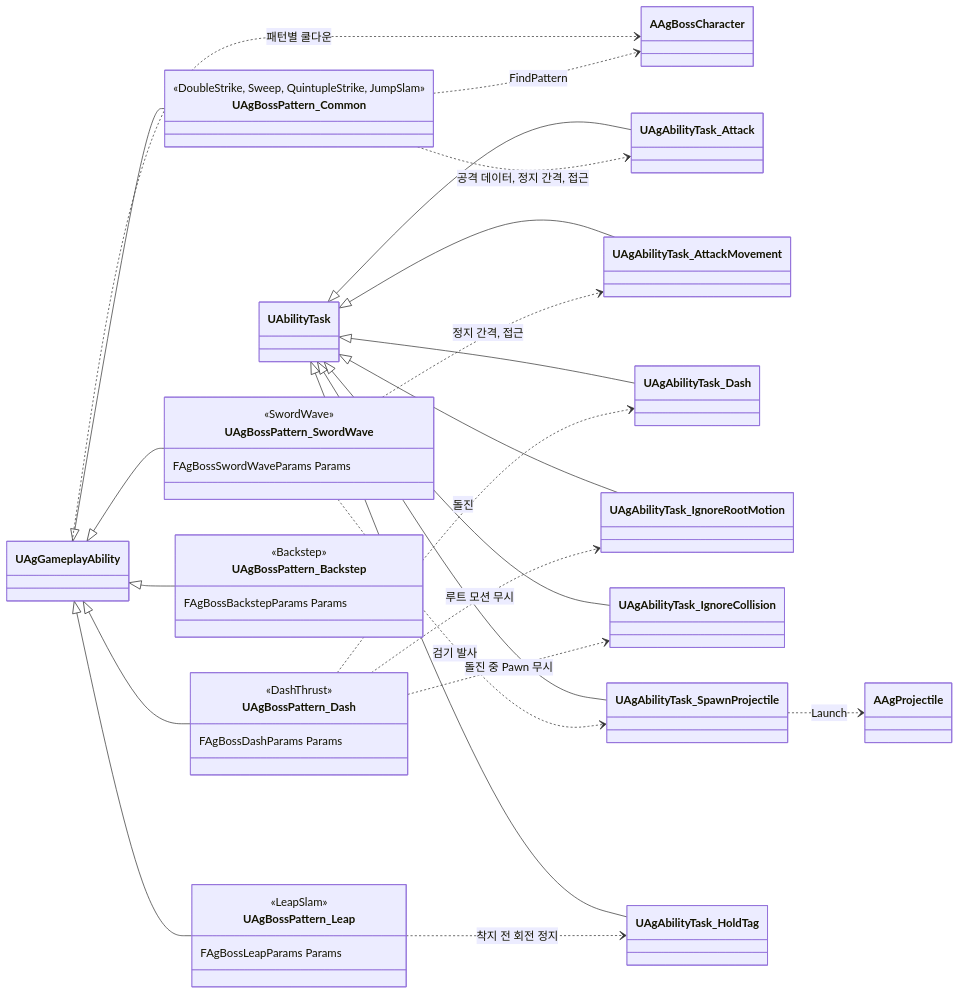
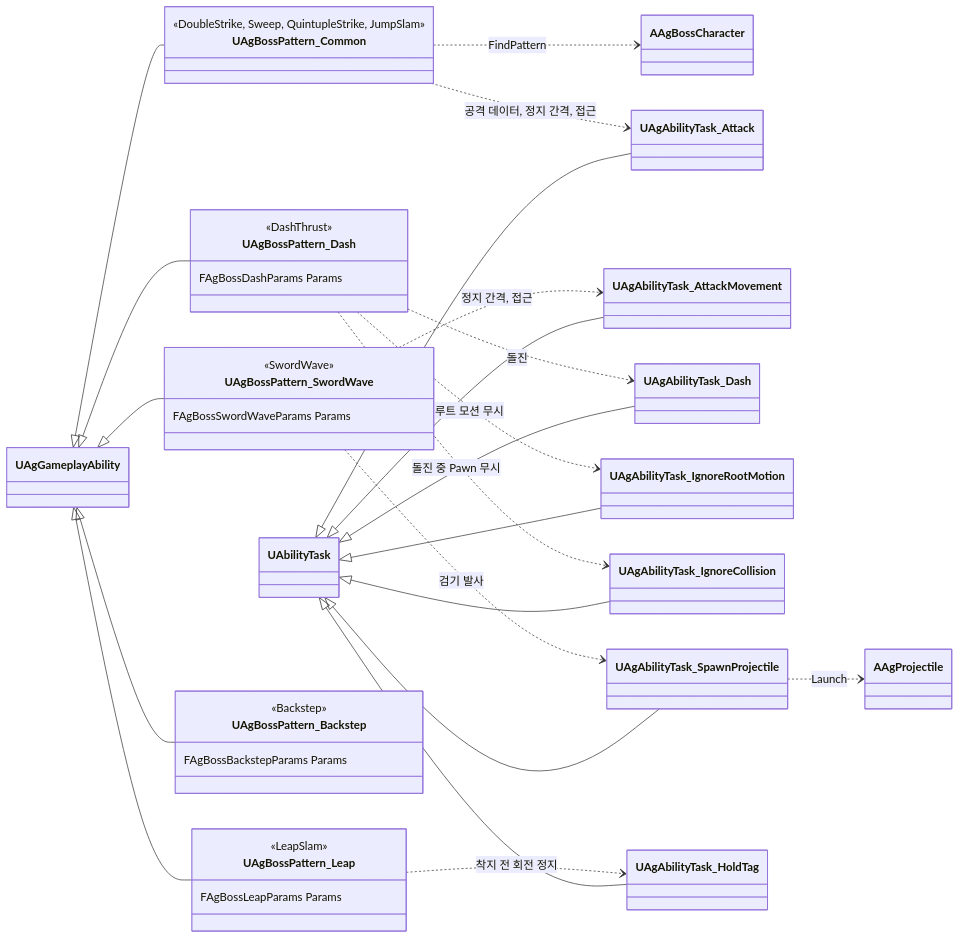
Before and after one commit to Woogl/Ag: the second of 3 diagrams in Docs/Program/보스.md, drawn with Mermaid. The commit also changed other lines of this file and 54 other files, not shown here.

````diff
--- a/Docs/Program/보스.md
+++ b/Docs/Program/보스.md
@@ -87,46 +87,45 @@
 ```mermaid
 classDiagram
     direction LR
     class UAgBossPattern_Common {
         <<DoubleStrike, Sweep, QuintupleStrike, JumpSlam>>
     }
     class UAgBossPattern_Dash {
         <<DashThrust>>
         FAgBossDashParams Params
     }
     class UAgBossPattern_Leap {
         <<LeapSlam>>
         FAgBossLeapParams Params
     }
     class UAgBossPattern_SwordWave {
         <<SwordWave>>
         FAgBossSwordWaveParams Params
     }
     class UAgBossPattern_Backstep {
         <<Backstep>>
         FAgBossBackstepParams Params
     }
     UAgGameplayAbility <|-- UAgBossPattern_Common
     UAgGameplayAbility <|-- UAgBossPattern_Dash
     UAgGameplayAbility <|-- UAgBossPattern_Leap
     UAgGameplayAbility <|-- UAgBossPattern_SwordWave
     UAgGameplayAbility <|-- UAgBossPattern_Backstep
 
     UAgBossPattern_Common ..> AAgBossCharacter : FindPattern
     UAgBossPattern_Common ..> UAgAbilityTask_Attack : 공격 데이터, 정지 간격, 접근
     UAgBossPattern_SwordWave ..> UAgAbilityTask_AttackMovement : 정지 간격, 접근
     UAgBossPattern_Dash ..> UAgAbilityTask_Dash : 돌진
     UAgBossPattern_Dash ..> UAgAbilityTask_IgnoreRootMotion : 루트 모션 무시
     UAgBossPattern_Dash ..> UAgAbilityTask_IgnoreCollision : 돌진 중 Pawn 무시
     UAgBossPattern_SwordWave ..> UAgAbilityTask_SpawnProjectile : 검기 발사
     UAgBossPattern_Leap ..> UAgAbilityTask_HoldTag : 착지 전 회전 정지
-    UAgGameplayAbility ..> AAgBossCharacter : 패턴별 쿨다운
     UAbilityTask <|-- UAgAbilityTask_Attack
     UAbilityTask <|-- UAgAbilityTask_Dash
     UAbilityTask <|-- UAgAbilityTask_IgnoreRootMotion
     UAbilityTask <|-- UAgAbilityTask_IgnoreCollision
     UAbilityTask <|-- UAgAbilityTask_AttackMovement
     UAbilityTask <|-- UAgAbilityTask_HoldTag
     UAbilityTask <|-- UAgAbilityTask_SpawnProjectile
     UAgAbilityTask_SpawnProjectile ..> AAgProjectile : Launch
 ```
````
